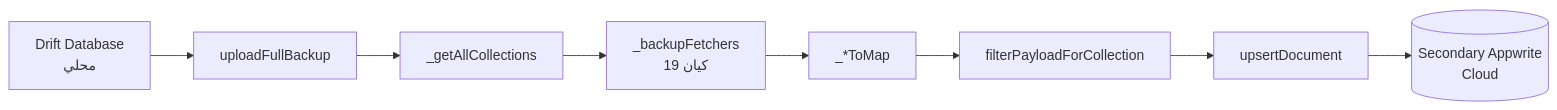
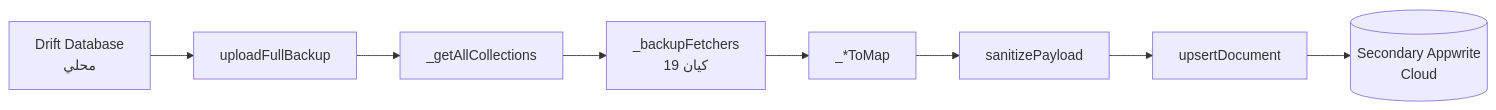
Before and after one commit to NassarAlshabi1/marina-hotel-wit-app: the diagram in SECONDARY_APPWRITE_DEEP_REPORT.md, drawn with Mermaid. The commit also changed other lines of this file, not shown here.

````diff
--- a/SECONDARY_APPWRITE_DEEP_REPORT.md
+++ b/SECONDARY_APPWRITE_DEEP_REPORT.md
@@ -34,10 +34,10 @@
 ```mermaid
 flowchart LR
     A[Drift Database<br/>محلي] --> B[uploadFullBackup]
     B --> C[_getAllCollections]
     C --> D[_backupFetchers<br/>19 كيان]
     D --> E[_*ToMap]
-    E --> F[filterPayloadForCollection]
+    E --> F[sanitizePayload]
     F --> G[upsertDocument]
     G --> H[(Secondary Appwrite<br/>Cloud)]
 ```
````
